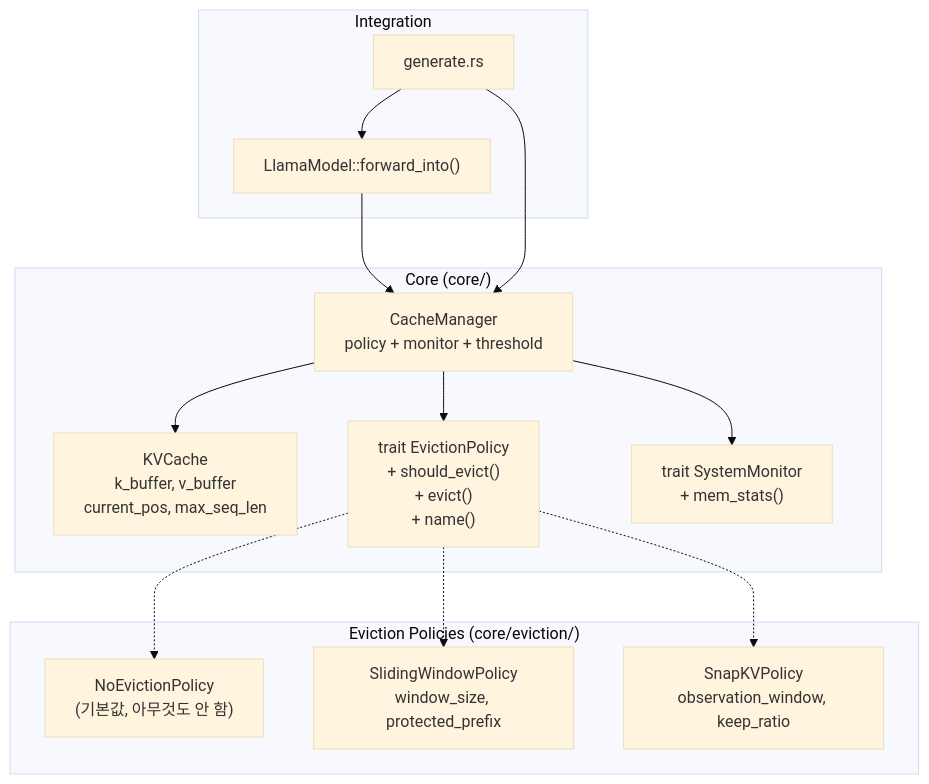
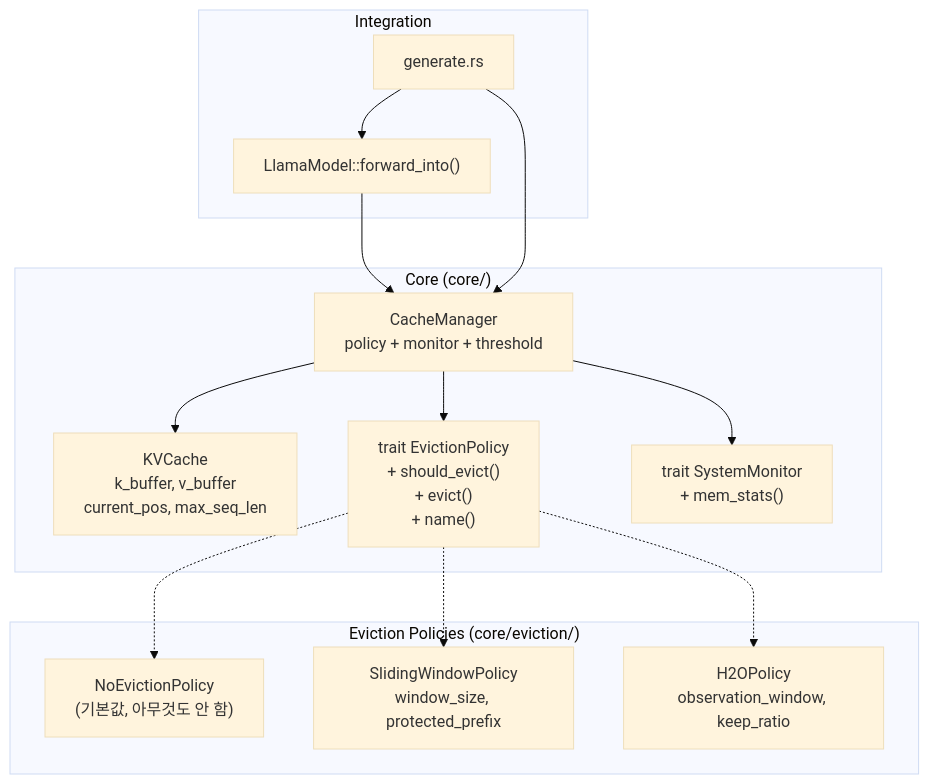
One commit to hedone21/llm_rs2 changed the first of 2 diagrams in docs/11_kv_cache_management.md. Above: the diagram before and after it, drawn with Mermaid (base theme). The commit also changed other lines of this file and 14 other files, not shown here.

First line of the commit message:
refactor(eviction): rename SnapKV to H2O to reflect actual algorithm

````diff
--- a/docs/11_kv_cache_management.md
+++ b/docs/11_kv_cache_management.md
@@ -20,32 +20,32 @@
 ```mermaid
 graph TB
     subgraph "Core (core/)"
         KVCache["KVCache<br/>k_buffer, v_buffer<br/>current_pos, max_seq_len"]
         EvictionPolicy["trait EvictionPolicy<br/>+ should_evict()<br/>+ evict()<br/>+ name()"]
         CacheManager["CacheManager<br/>policy + monitor + threshold"]
         SystemMonitor["trait SystemMonitor<br/>+ mem_stats()"]
     end
 
     subgraph "Eviction Policies (core/eviction/)"
         NoEviction["NoEvictionPolicy<br/>(기본값, 아무것도 안 함)"]
         SlidingWindow["SlidingWindowPolicy<br/>window_size, protected_prefix"]
-        SnapKV["SnapKVPolicy<br/>observation_window, keep_ratio"]
+        H2O["H2OPolicy<br/>observation_window, keep_ratio"]
     end
 
     subgraph "Integration"
         LlamaModel["LlamaModel::forward_into()"]
         GenerateBin["generate.rs"]
     end
 
     CacheManager --> EvictionPolicy
     CacheManager --> SystemMonitor
     CacheManager --> KVCache
 
     EvictionPolicy -.-> NoEviction
     EvictionPolicy -.-> SlidingWindow
-    EvictionPolicy -.-> SnapKV
+    EvictionPolicy -.-> H2O
 
     LlamaModel --> CacheManager
     GenerateBin --> CacheManager
     GenerateBin --> LlamaModel
 ```
````
